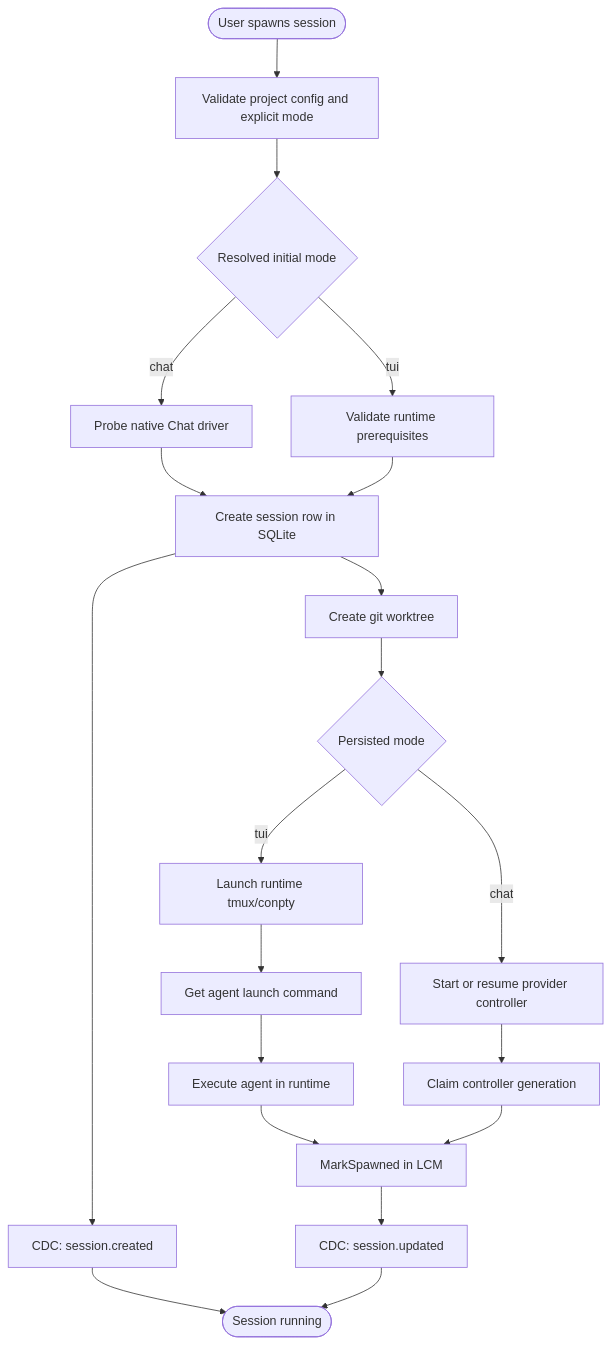
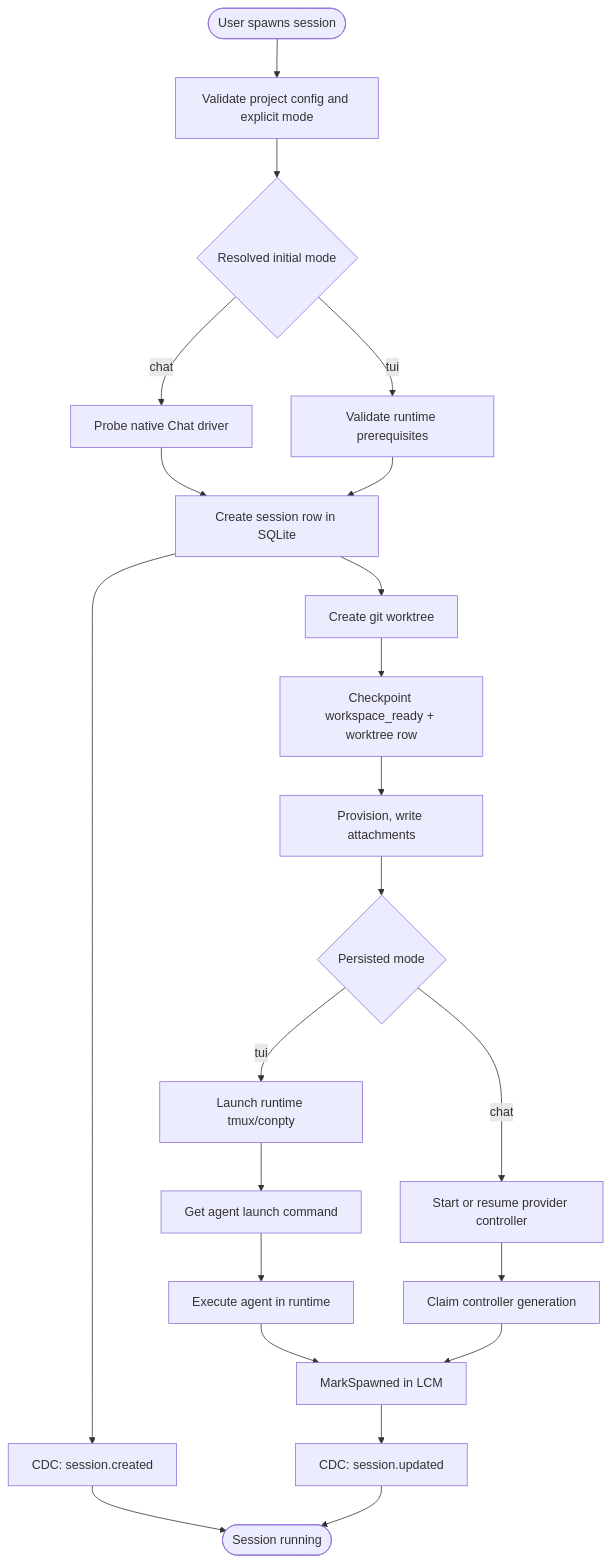
The seventh of 24 diagrams in docs/architecture.md (ComposioHQ/agent-orchestrator), drawn with Mermaid before and after one commit. The commit also changed other lines of this file and 40 other files, not shown here.

````diff
--- a/docs/architecture.md
+++ b/docs/architecture.md
@@ -292,23 +293,25 @@
 ```mermaid
 flowchart TD
     Start([User spawns session]) --> Validate[Validate project config and explicit mode]
     Validate --> InitialMode{Resolved initial mode}
     InitialMode -->|chat| Preflight[Probe native Chat driver]
     InitialMode -->|tui| RuntimePreflight[Validate runtime prerequisites]
     Preflight --> CreateRow[Create session row in SQLite]
     RuntimePreflight --> CreateRow
     CreateRow --> Trigger1[CDC: session.created]
     CreateRow --> CreateWS[Create git worktree]
-    CreateWS --> LaunchMode{Persisted mode}
+    CreateWS --> Checkpoint[Checkpoint workspace_ready + worktree row]
+    Checkpoint --> Provision[Provision, write attachments]
+    Provision --> LaunchMode{Persisted mode}
     LaunchMode -->|tui| CreateRT[Launch runtime tmux/conpty]
     CreateRT --> GetCmd[Get agent launch command]
     GetCmd --> ExecAgent[Execute agent in runtime]
     LaunchMode -->|chat| ChatController[Start or resume provider controller]
     ChatController --> Fence[Claim controller generation]
     ExecAgent --> MarkSpawned[MarkSpawned in LCM]
     Fence --> MarkSpawned
     MarkSpawned --> Trigger2[CDC: session.updated]
     Trigger1 --> Done
     Trigger2 --> Done([Session running])
 
 ```
````
